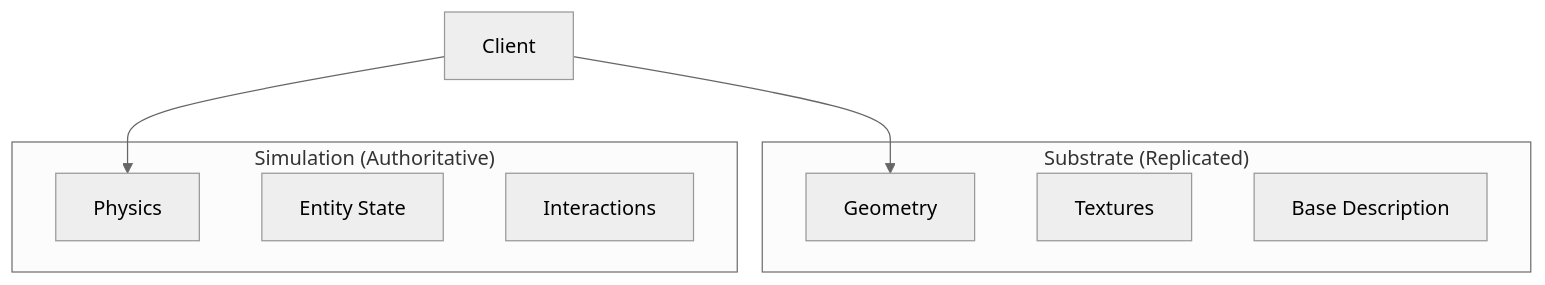
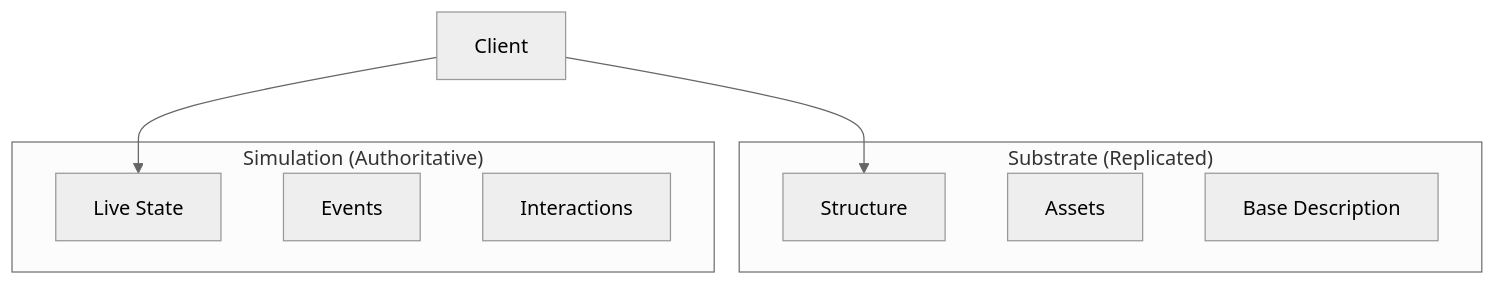
Before and after one commit to rhi-zone/interconnect: the diagram in docs/introduction.md, drawn with Mermaid (neutral theme). The commit also changed other lines of this file and 5 other files, not shown here.

````diff
--- a/docs/introduction.md
+++ b/docs/introduction.md
@@ -26,15 +26,15 @@
 ```mermaid
 graph TB
     subgraph "Substrate (Replicated)"
-        G[Geometry]
-        T[Textures]
+        S[Structure]
+        A[Assets]
         D[Base Description]
     end
     subgraph "Simulation (Authoritative)"
-        P[Physics]
-        E[Entity State]
+        L[Live State]
+        E[Events]
         I[Interactions]
     end
-    C[Client] --> G
-    C --> P
+    C[Client] --> S
+    C --> L
 ```
````
